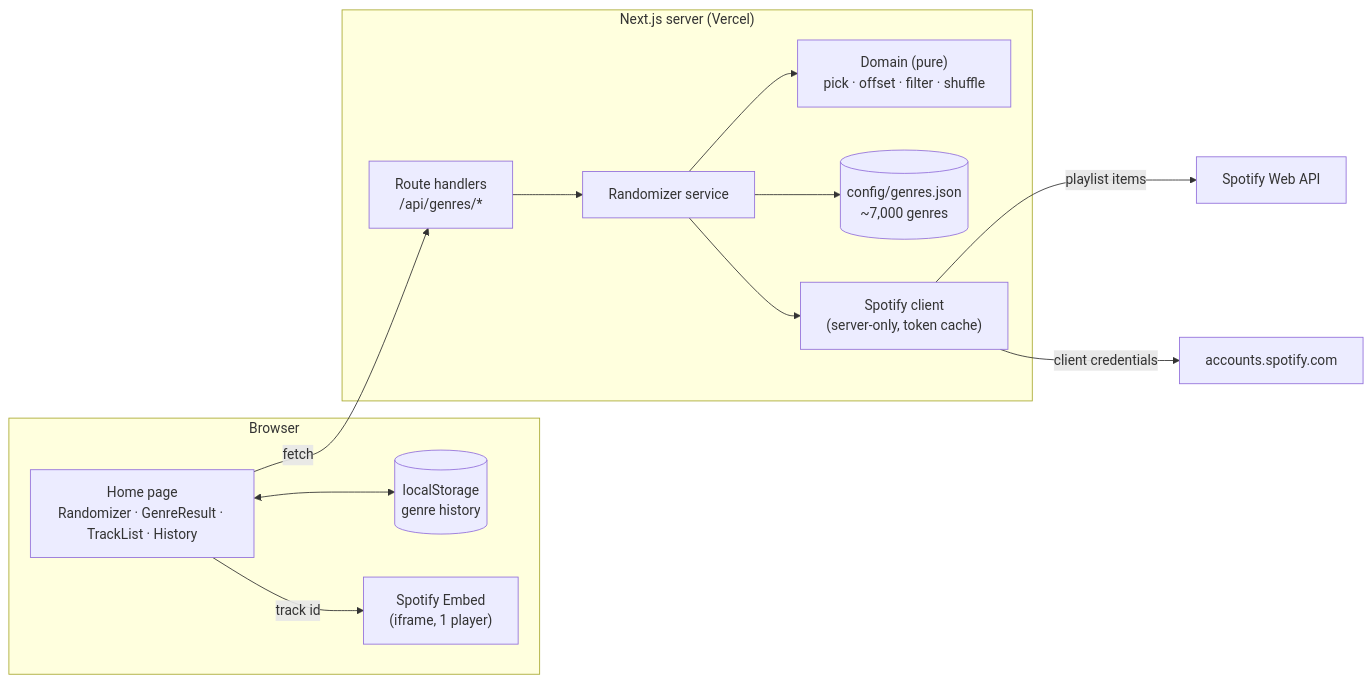
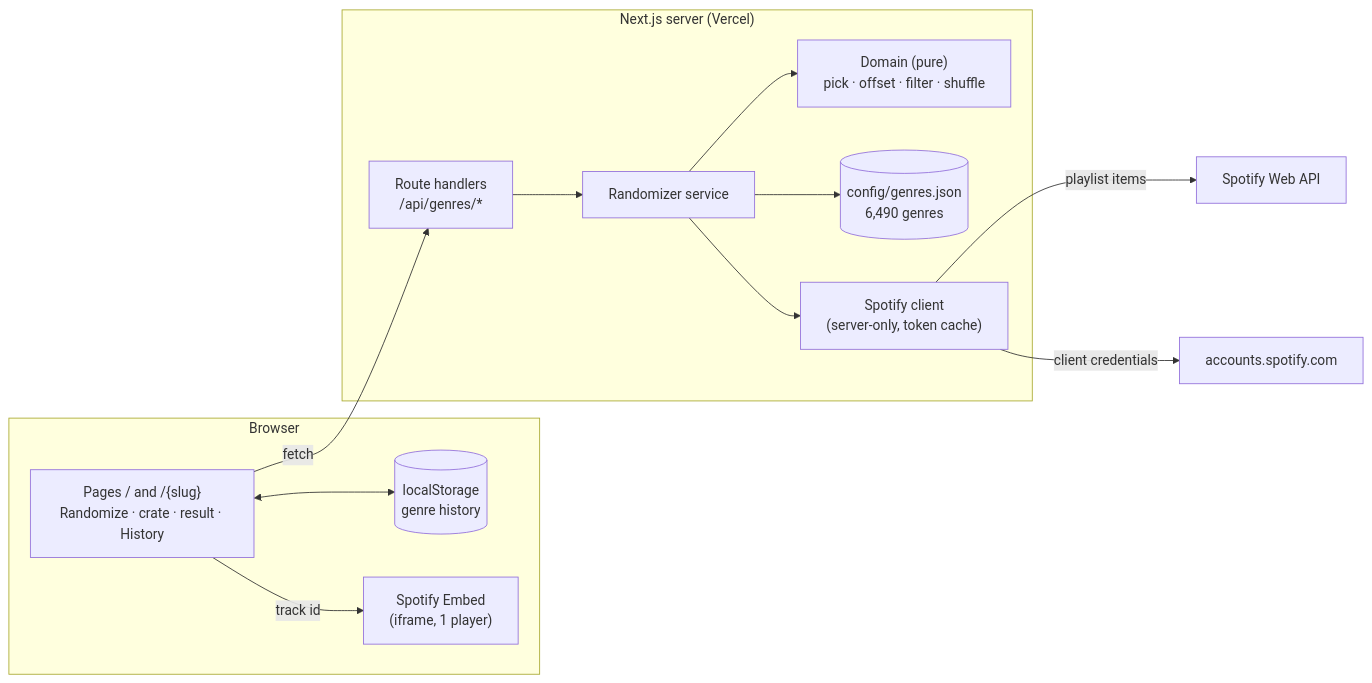
One commit to IvanSaNRoD/that-music-is-new changed the first of 2 diagrams in docs/architecture.md. Above: the diagram before and after it, drawn with Mermaid. The commit also changed other lines of this file and 25 other files, not shown here.

First line of the commit message:
feat(randomizer): domain, catalog, service and /api/genres routes (ADR-0007)

````diff
--- a/docs/architecture.md
+++ b/docs/architecture.md
@@ -7,26 +7,26 @@
 ```mermaid
 flowchart LR
   subgraph Browser
-    UI["Home page<br/>Randomizer · GenreResult · TrackList · History"]
+    UI["Pages / and /{slug}<br/>Randomize · crate · result · History"]
     LS[("localStorage<br/>genre history")]
     EMB["Spotify Embed<br/>(iframe, 1 player)"]
   end
   subgraph Next["Next.js server (Vercel)"]
     API["Route handlers<br/>/api/genres/*"]
     SVC["Randomizer service"]
     DOM["Domain (pure)<br/>pick · offset · filter · shuffle"]
-    CAT[("config/genres.json<br/>~7,000 genres")]
+    CAT[("config/genres.json<br/>6,490 genres")]
     SP["Spotify client<br/>(server-only, token cache)"]
   end
   SAPI["Spotify Web API"]
   SACC["accounts.spotify.com"]
 
   UI -- fetch --> API --> SVC
   SVC --> DOM
   SVC --> CAT
   SVC --> SP
   SP -- "playlist items" --> SAPI
   SP -- "client credentials" --> SACC
   UI <--> LS
   UI -- "track id" --> EMB
 ```
````
